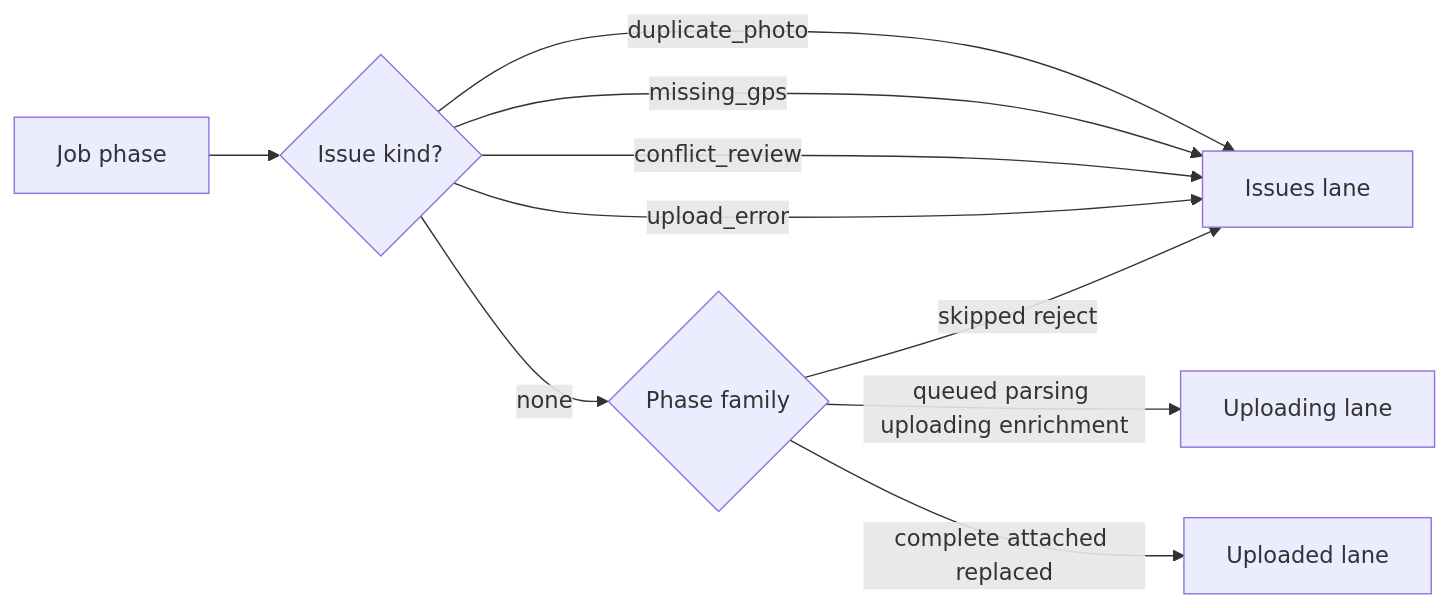
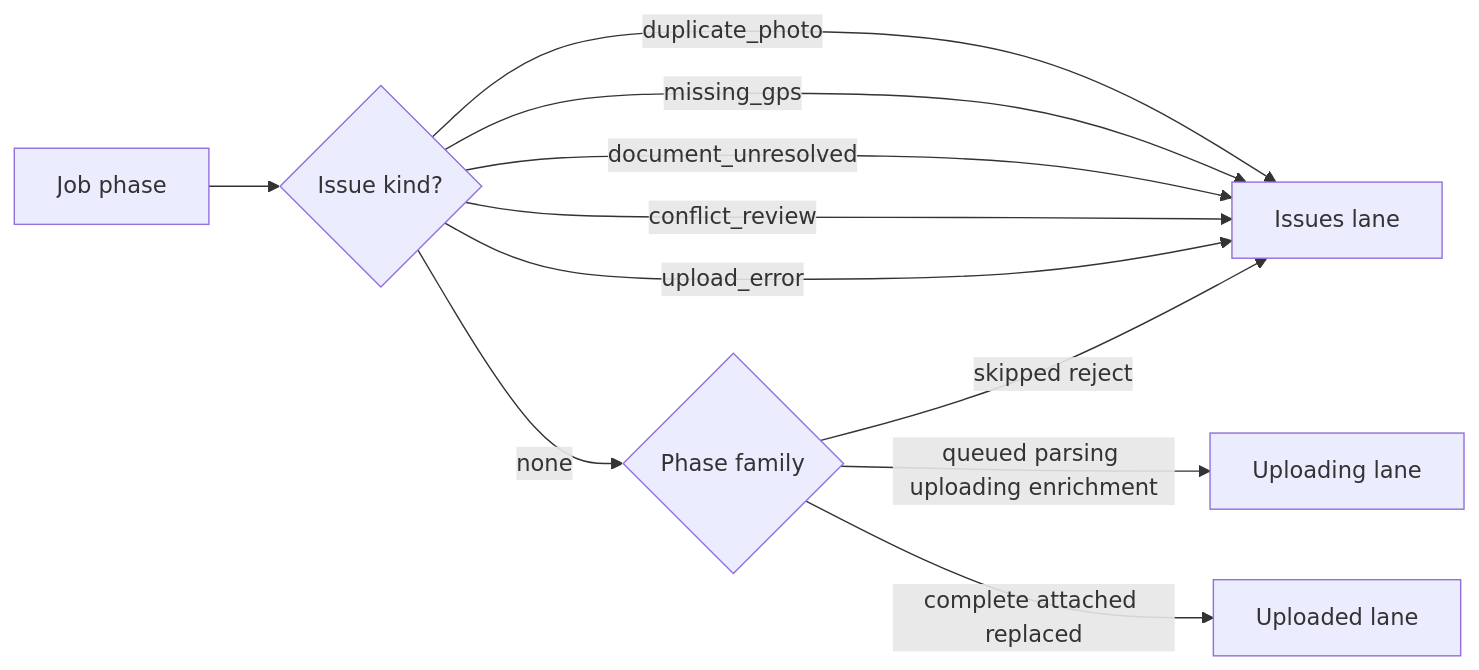
One commit to matkleve/feldpost changed the seventh of 8 diagrams in docs/element-specs/upload-panel.md. Above: the diagram before and after it, drawn with Mermaid. The commit also changed other lines of this file and 12 other files, not shown here.

````diff
--- a/docs/element-specs/upload-panel.md
+++ b/docs/element-specs/upload-panel.md
@@ -407,12 +429,13 @@
 ```mermaid
 flowchart LR
   A[Job phase] --> B{Issue kind?}
   B -->|duplicate_photo| C[Issues lane]
   B -->|missing_gps| C
+  B -->|document_unresolved| C
   B -->|conflict_review| C
   B -->|upload_error| C
   B -->|none| D{Phase family}
   D -->|queued parsing uploading enrichment| E[Uploading lane]
   D -->|complete attached replaced| F[Uploaded lane]
   D -->|skipped reject| C
 ```
````
